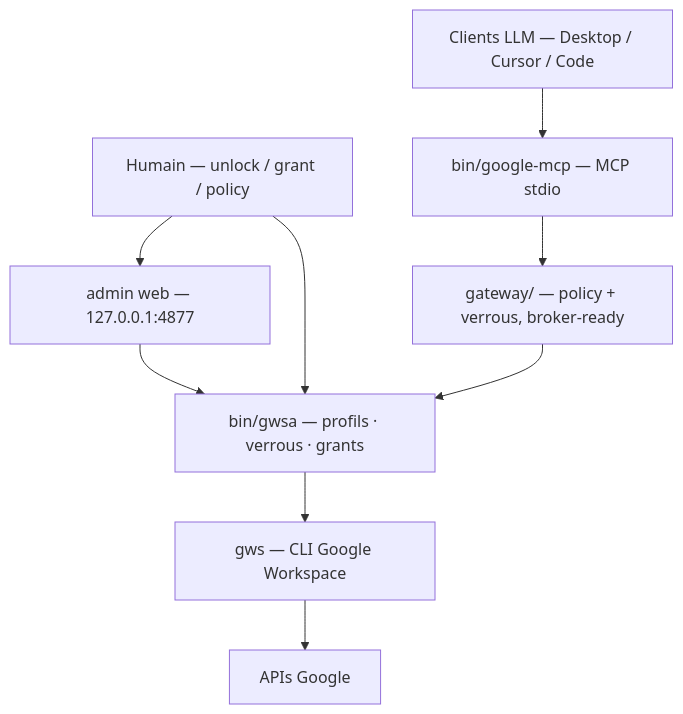
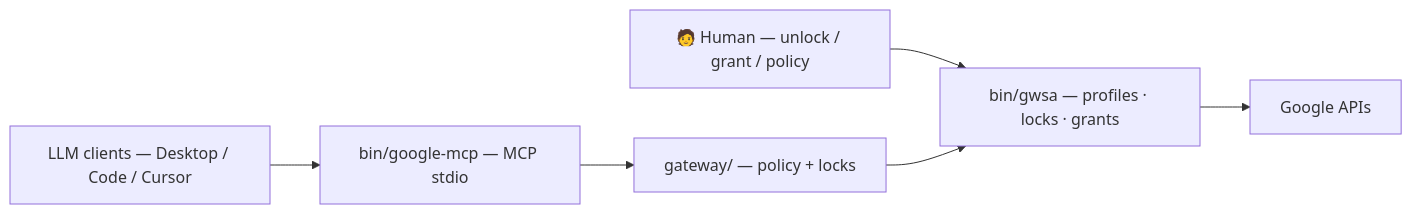
Before and after one commit to elzinko/google-mcp-multi-account: the diagram in README.md, drawn with Mermaid. The commit also changed other lines of this file and 9 other files, not shown here.

````diff
--- a/README.md
+++ b/README.md
@@ -94,14 +61,11 @@
 ```mermaid
-flowchart TD
-    USER["Humain — unlock / grant / policy"]
-    LLM["Clients LLM — Desktop / Cursor / Code"]
+flowchart LR
+    USER["🧑 Human — unlock / grant / policy"]
+    LLM["LLM clients — Desktop / Code / Cursor"]
     MCP["bin/google-mcp — MCP stdio"]
-    GW["gateway/ — policy + verrous, broker-ready"]
-    ADMIN["admin web — 127.0.0.1:4877"]
-    GWSA["bin/gwsa — profils · verrous · grants"]
-    GWS["gws — CLI Google Workspace"]
-    GOOGLE["APIs Google"]
-    USER --> ADMIN --> GWSA
+    GW["gateway/ — policy + locks"]
+    GWSA["bin/gwsa — profiles · locks · grants"]
+    GOOGLE["Google APIs"]
     USER --> GWSA
-    LLM --> MCP --> GW --> GWSA --> GWS --> GOOGLE
+    LLM --> MCP --> GW --> GWSA --> GOOGLE
 ```
````
